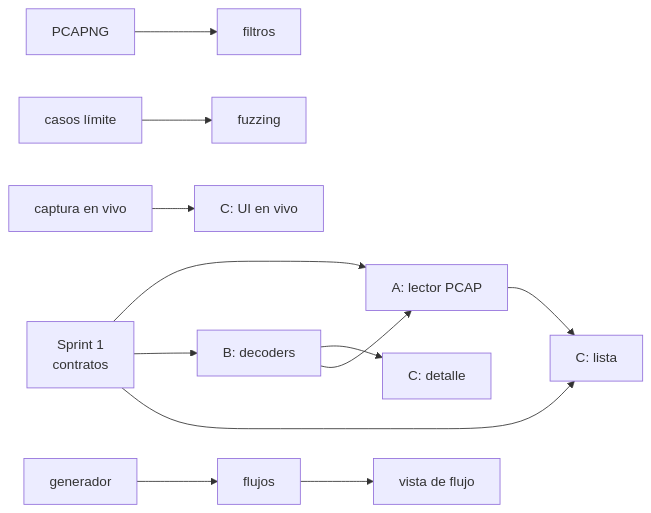
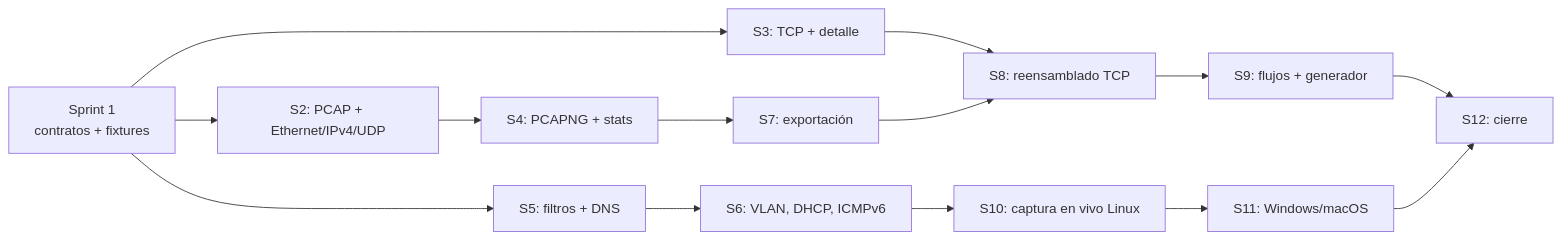
The diagram in docs/ROADMAP.md (omarPVP123131/NetScope), drawn with Mermaid before and after one commit. The commit also changed other lines of this file and 8 other files, not shown here.

First line of the commit message:
docs: alcance comparable a Wireshark y roadmap estirado a 12 sprints

````diff
--- a/docs/ROADMAP.md
+++ b/docs/ROADMAP.md
@@ -167,14 +206,16 @@
 ```mermaid
 graph LR
-    C1[Sprint 1<br/>contratos] --> A2[A: lector PCAP]
-    C1 --> B2[B: decoders]
-    C1 --> C2[C: lista]
-    A2 --> C2
-    B2 --> C3[C: detalle]
-    B2 --> A2
-    A3[PCAPNG] --> A5[filtros]
-    B3[casos límite] --> B4[fuzzing]
-    A6[captura en vivo] --> C6[C: UI en vivo]
-    A7[generador] --> B7[flujos]
-    B7 --> C7[vista de flujo]
+    S1[Sprint 1<br/>contratos + fixtures] --> S2[S2: PCAP + Ethernet/IPv4/UDP]
+    S1 --> S3[S3: TCP + detalle]
+    S1 --> S5[S5: filtros + DNS]
+    S2 --> S4[S4: PCAPNG + stats]
+    S3 --> S8[S8: reensamblado TCP]
+    S4 --> S7[S7: exportación]
+    S5 --> S6[S6: VLAN, DHCP, ICMPv6]
+    S6 --> S10[S10: captura en vivo Linux]
+    S7 --> S8
+    S10 --> S11[S11: Windows/macOS]
+    S8 --> S9[S9: flujos + generador]
+    S9 --> S12[S12: cierre]
+    S11 --> S12
 ```
````
